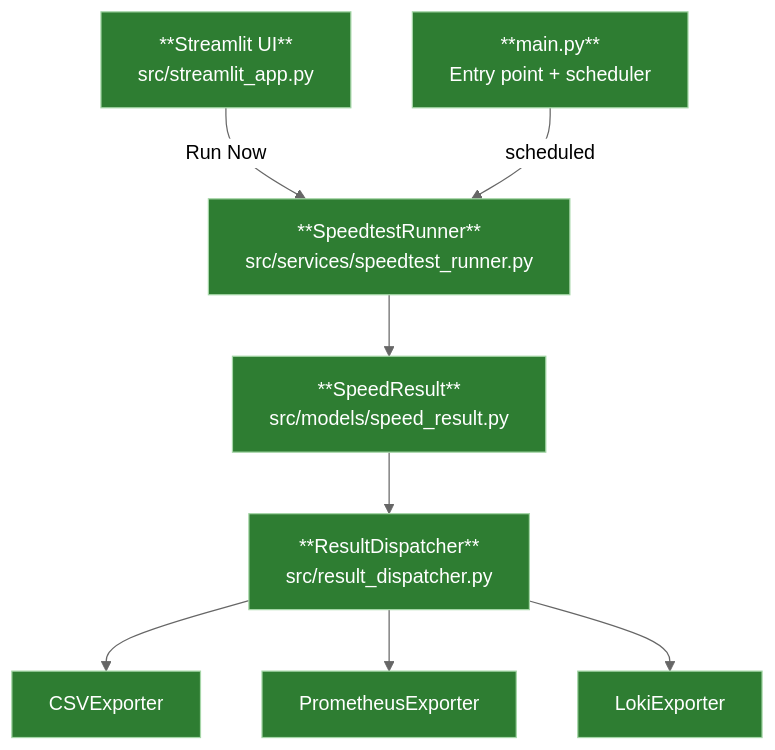
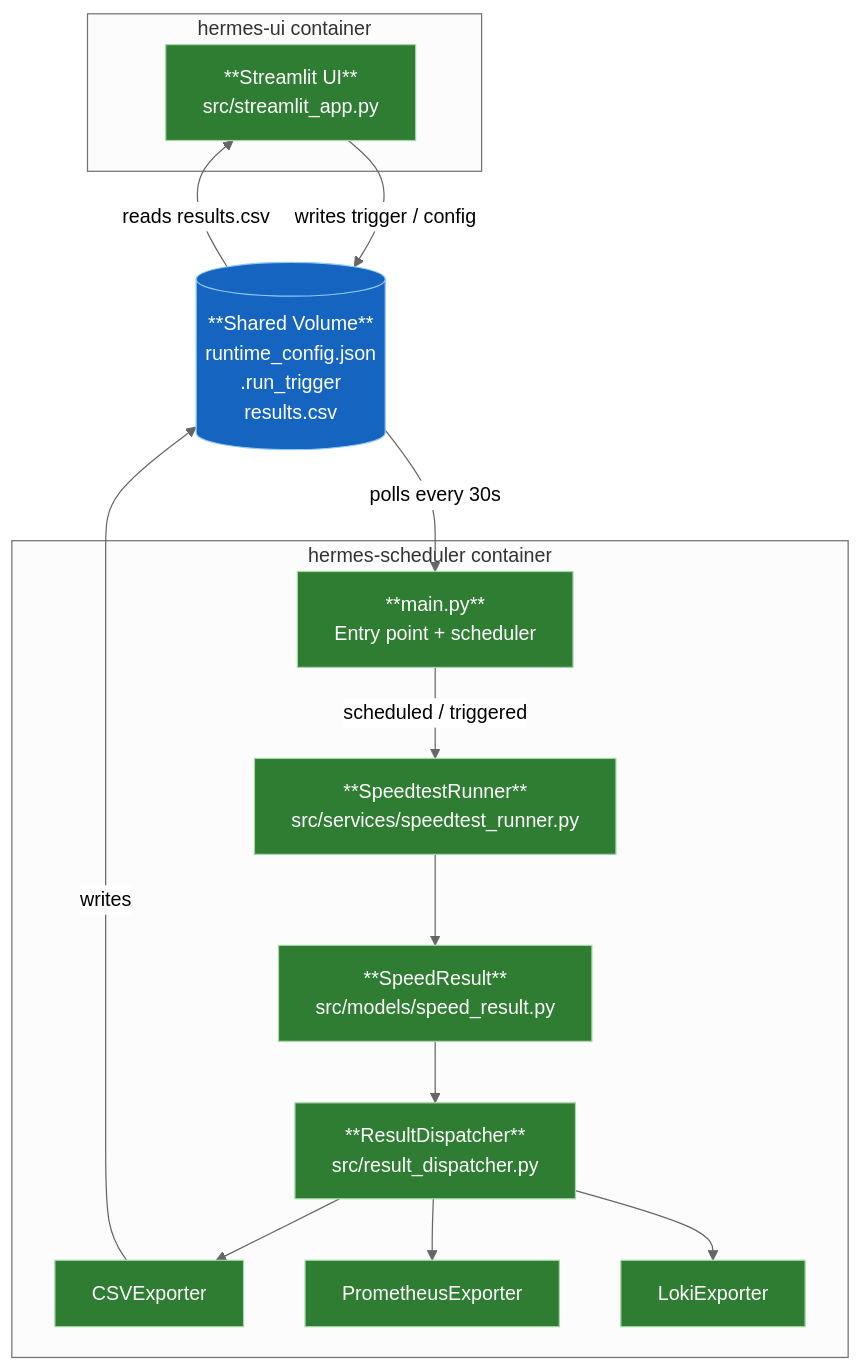
One commit to fabell4/Hermes changed the diagram in README.md. Above: the diagram before and after it, drawn with Mermaid (neutral theme). The commit also changed other lines of this file and 4 other files, not shown here.

````diff
--- a/README.md
+++ b/README.md
@@ -10,28 +10,39 @@
 ```mermaid
 flowchart TD
-    UI["**Streamlit UI**\nsrc/streamlit_app.py"]
-    MAIN["**main.py**\nEntry point + scheduler"]
-    RUNNER["**SpeedtestRunner**\nsrc/services/speedtest_runner.py"]
-    MODEL["**SpeedResult**\nsrc/models/speed_result.py"]
-    DISP["**ResultDispatcher**\nsrc/result_dispatcher.py"]
-    CSV["CSVExporter"]
-    PROM["PrometheusExporter"]
-    LOKI["LokiExporter"]
+    subgraph UI_CONTAINER["hermes-ui container"]
+        UI["**Streamlit UI**\nsrc/streamlit_app.py"]
+    end
 
-    UI -- "Run Now" --> RUNNER
-    MAIN -- "scheduled" --> RUNNER
+    subgraph SCHED_CONTAINER["hermes-scheduler container"]
+        MAIN["**main.py**\nEntry point + scheduler"]
+        RUNNER["**SpeedtestRunner**\nsrc/services/speedtest_runner.py"]
+        MODEL["**SpeedResult**\nsrc/models/speed_result.py"]
+        DISP["**ResultDispatcher**\nsrc/result_dispatcher.py"]
+        CSV["CSVExporter"]
+        PROM["PrometheusExporter"]
+        LOKI["LokiExporter"]
+    end
+
+    VOLUME[("**Shared Volume**\nruntime_config.json\n.run_trigger\nresults.csv")]
+
+    UI -- "writes trigger / config" --> VOLUME
+    VOLUME -- "polls every 30s" --> MAIN
+    VOLUME -- "reads results.csv" --> UI
+    MAIN -- "scheduled / triggered" --> RUNNER
     RUNNER --> MODEL
     MODEL --> DISP
     DISP --> CSV
     DISP --> PROM
     DISP --> LOKI
+    CSV -- "writes" --> VOLUME
 
     style UI fill:#2e7d32,stroke:#a5d6a7,color:#ffffff
     style MAIN fill:#2e7d32,stroke:#a5d6a7,color:#ffffff
     style RUNNER fill:#2e7d32,stroke:#a5d6a7,color:#ffffff
     style MODEL fill:#2e7d32,stroke:#a5d6a7,color:#ffffff
     style DISP fill:#2e7d32,stroke:#a5d6a7,color:#ffffff
     style CSV fill:#2e7d32,stroke:#a5d6a7,color:#ffffff
     style PROM fill:#2e7d32,stroke:#a5d6a7,color:#ffffff
     style LOKI fill:#2e7d32,stroke:#a5d6a7,color:#ffffff
+    style VOLUME fill:#1565c0,stroke:#90caf9,color:#ffffff
 ```
````
